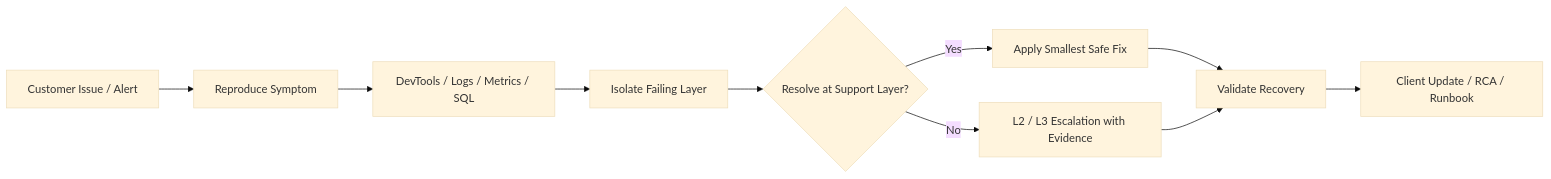
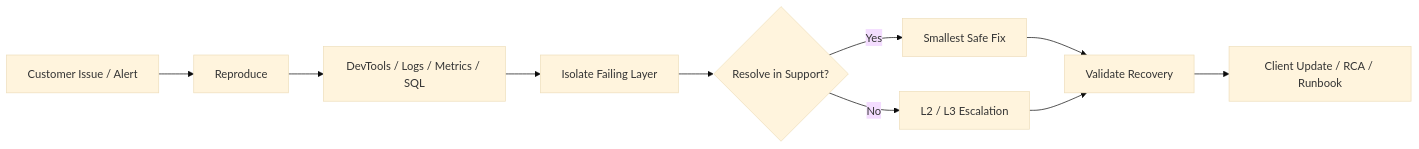
Before and after one commit to dwaradwara/dwaradwara: the diagram in README.md, drawn with Mermaid (base theme). The commit also changed other lines of this file, not shown here.

````diff
--- a/README.md
+++ b/README.md
@@ -86,12 +33,12 @@
 ```mermaid
 flowchart LR
-    A[Customer Issue / Alert] --> B[Reproduce Symptom]
+    A[Customer Issue / Alert] --> B[Reproduce]
     B --> C[DevTools / Logs / Metrics / SQL]
     C --> D[Isolate Failing Layer]
-    D --> E{Resolve at Support Layer?}
-    E -->|Yes| F[Apply Smallest Safe Fix]
-    E -->|No| G[L2 / L3 Escalation with Evidence]
+    D --> E{Resolve in Support?}
+    E -->|Yes| F[Smallest Safe Fix]
+    E -->|No| G[L2 / L3 Escalation]
     F --> H[Validate Recovery]
     G --> H
     H --> I[Client Update / RCA / Runbook]
 ```
````
